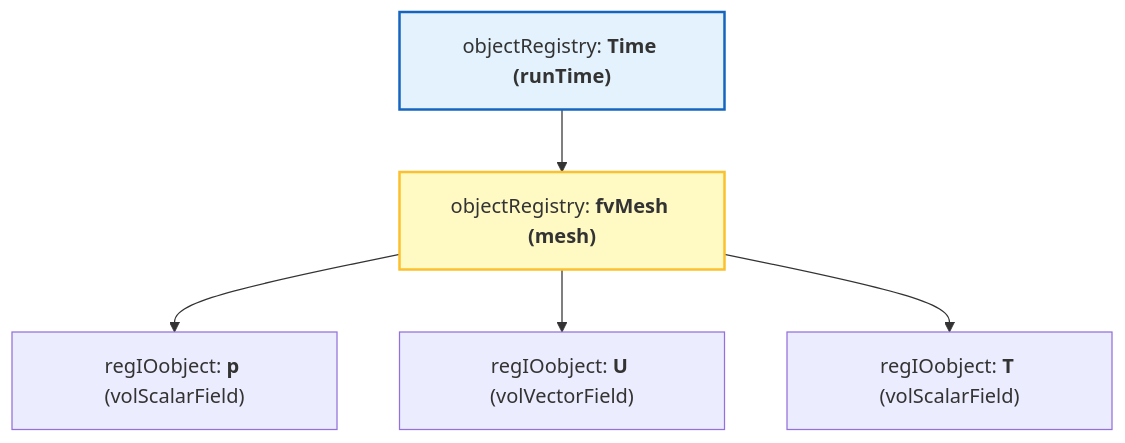
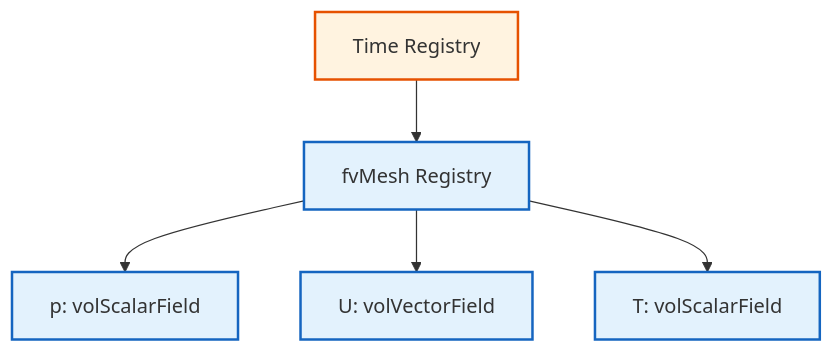
Before and after one commit to wramet/build-my-cfd: the first of 2 diagrams in MODULE_05_OPENFOAM_PROGRAMMING/CONTENT/07_TIME_DATABASES/03_Object_Registry.md, drawn with Mermaid. The commit also changed other lines of this file and 313 other files, not shown here.

Commit message:
Revise all diagram

````diff
--- a/MODULE_05_OPENFOAM_PROGRAMMING/CONTENT/07_TIME_DATABASES/03_Object_Registry.md
+++ b/MODULE_05_OPENFOAM_PROGRAMMING/CONTENT/07_TIME_DATABASES/03_Object_Registry.md
@@ -20,11 +20,11 @@
 ```mermaid
-graph TD
-    Time["objectRegistry: <b>Time (runTime)</b>"]
-    Time --> Mesh["objectRegistry: <b>fvMesh (mesh)</b>"]
-    Mesh --> p["regIOobject: <b>p</b> (volScalarField)"]
-    Mesh --> U["regIOobject: <b>U</b> (volVectorField)"]
-    Mesh --> T["regIOobject: <b>T</b> (volScalarField)"]
-
-    style Time fill:#e3f2fd,stroke:#1565c0,stroke-width:2px
-    style Mesh fill:#fff9c4,stroke:#fbc02d,stroke-width:2px
+flowchart TD
+%% Classes
+classDef explicit fill:#fff3e0,stroke:#e65100,stroke-width:2px;
+classDef implicit fill:#e3f2fd,stroke:#1565c0,stroke-width:2px;
+%% Nodes
+Time[Time Registry]:::explicit --> Mesh[fvMesh Registry]:::implicit
+Mesh --> p[p: volScalarField]:::implicit
+Mesh --> U[U: volVectorField]:::implicit
+Mesh --> T[T: volScalarField]:::implicit
 ```
````
